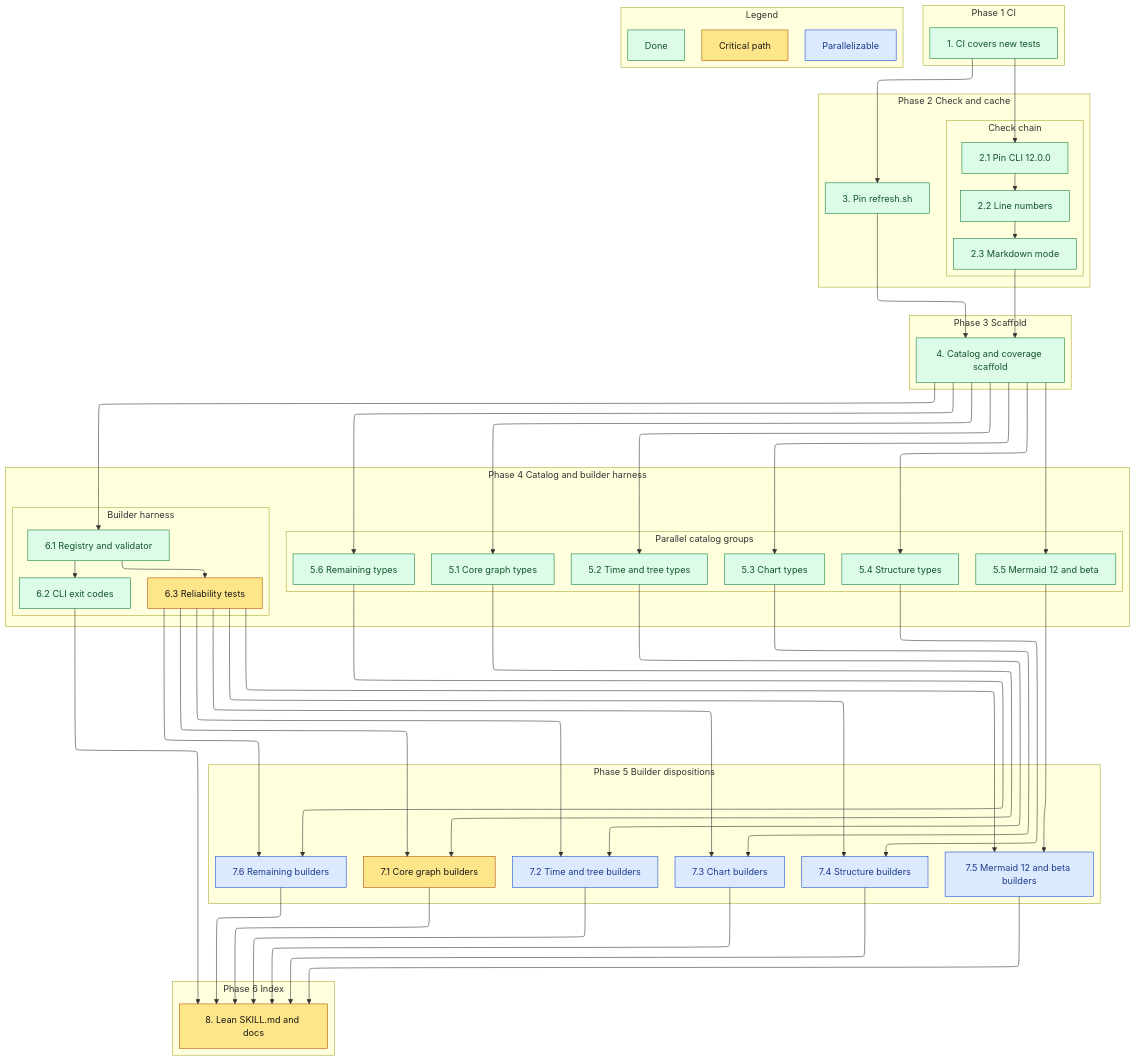
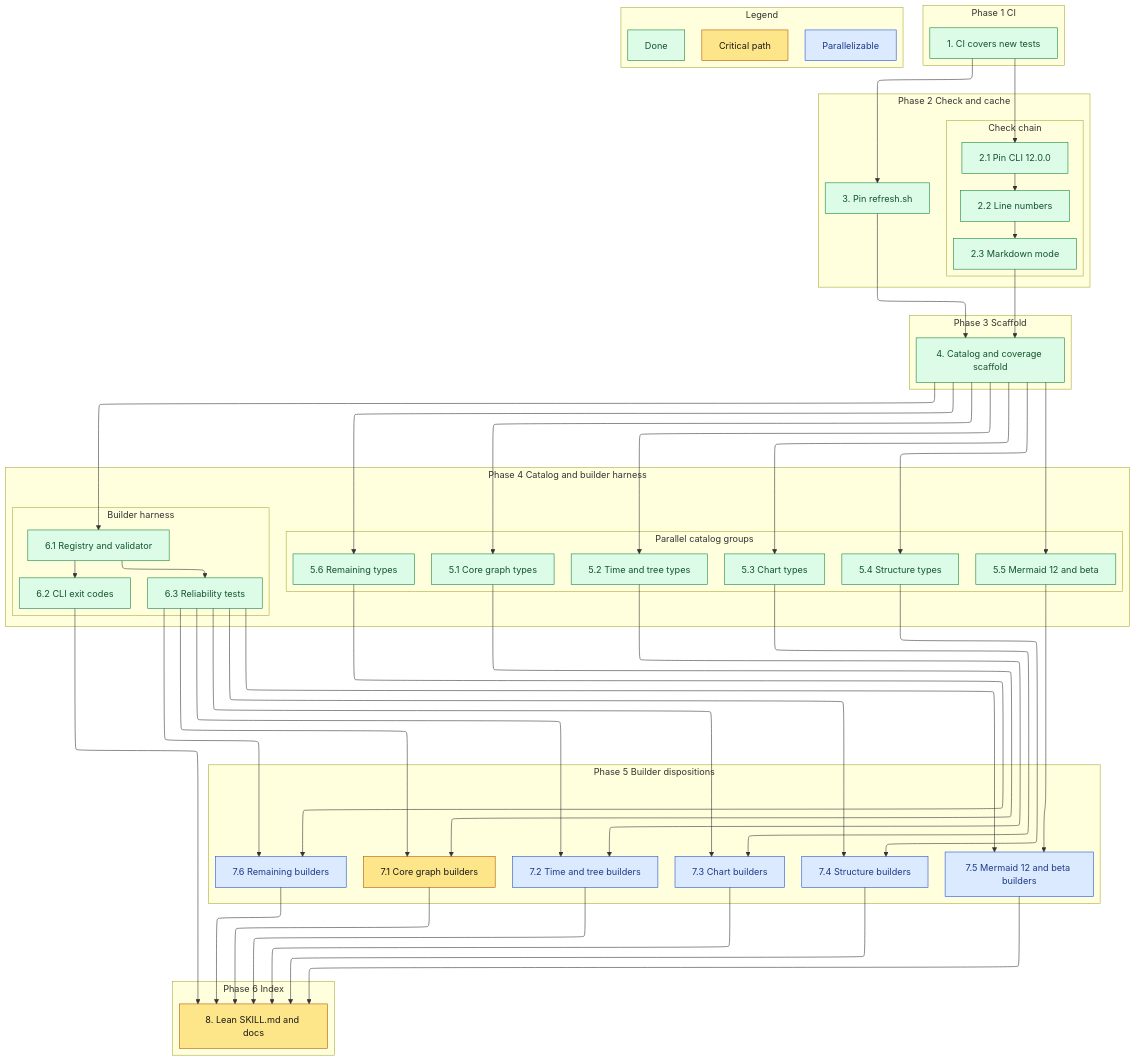
One commit to sohampatwardhan/mermaid-skill changed the diagram in .kiro/specs/mermaid-catalog/tasks.md. Above: the diagram before and after it, drawn with Mermaid. The commit also changed other lines of this file and 4 other files, not shown here.

````diff
--- a/.kiro/specs/mermaid-catalog/tasks.md
+++ b/.kiro/specs/mermaid-catalog/tasks.md
@@ -94,7 +94,7 @@
   classDef critical fill:#fde68a,stroke:#b45309,color:#1c1917
   classDef parallel fill:#dbeafe,stroke:#1d4ed8,color:#1e3a8a
   classDef done fill:#dcfce7,stroke:#15803d,color:#14532d
-  class t1,t2_1,t2_2,t2_3,t3,t4,t5_1,t5_2,t5_3,t5_4,t5_5,t5_6,t6_1,t6_2,ld done
-  class t6_3,t7_1,t8,lc critical
+  class t1,t2_1,t2_2,t2_3,t3,t4,t5_1,t5_2,t5_3,t5_4,t5_5,t5_6,t6_1,t6_2,t6_3,ld done
+  class t7_1,t8,lc critical
   class t7_2,t7_3,t7_4,t7_5,t7_6,lp parallel
 ```
````
